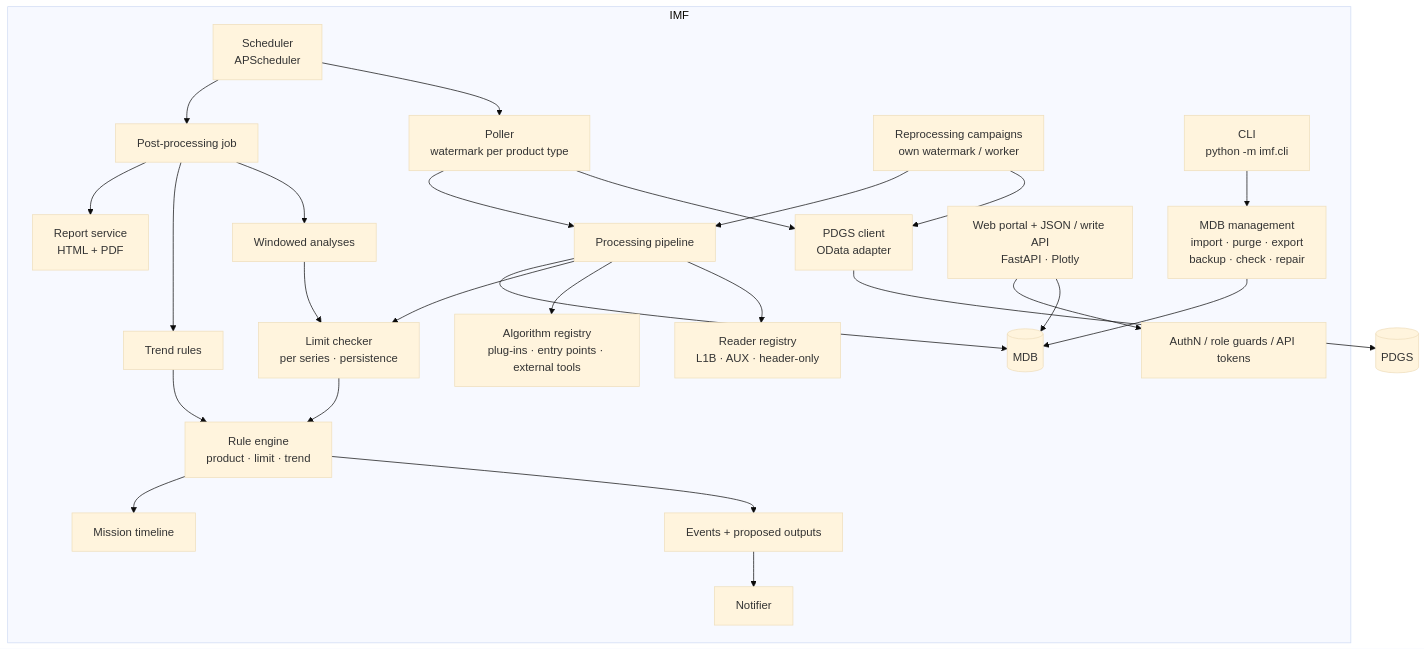
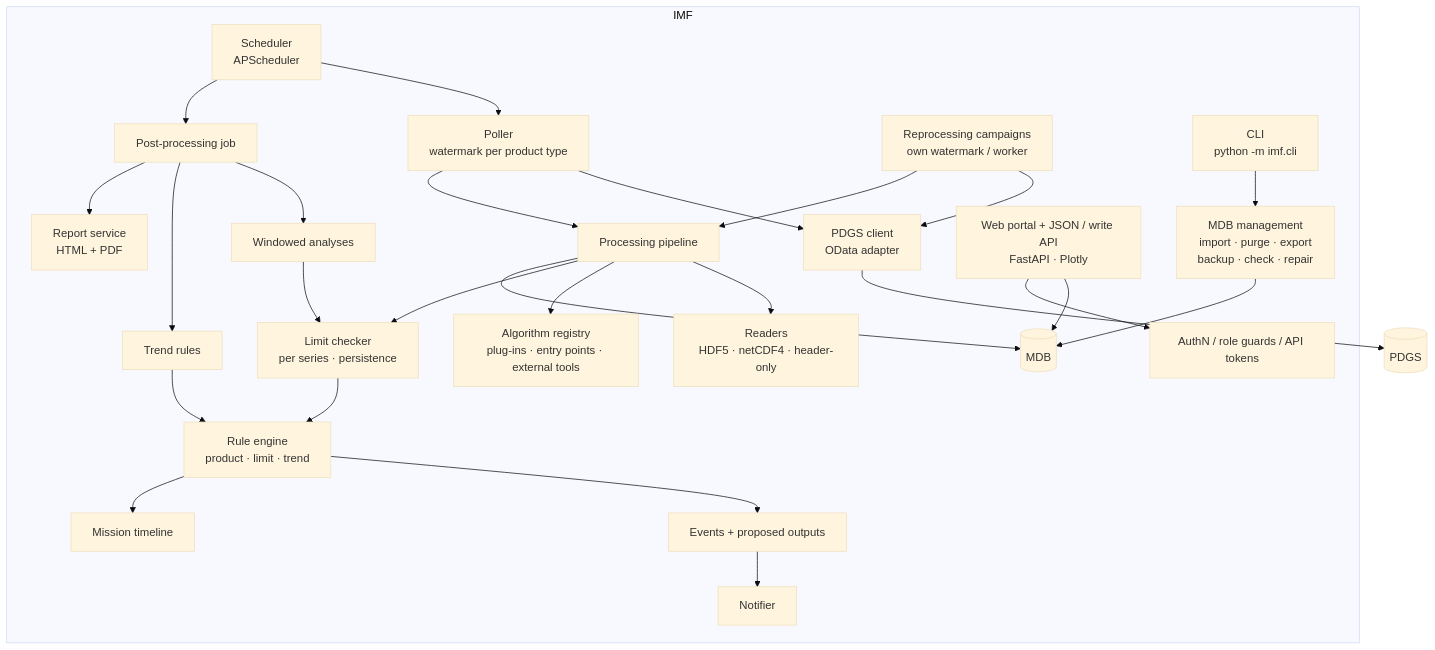
The second of 4 diagrams in docs/architecture.md (Sneakerx/fts-monitoring-demo), drawn with Mermaid (base theme) before and after one commit. The commit also changed other lines of this file and 47 other files, not shown here.

First line of the commit message:
Generalize the IMF for public release: two product types, HDF5 + netCDF4, MIT license

````diff
--- a/docs/architecture.md
+++ b/docs/architecture.md
@@ -42,28 +44,28 @@
 ```mermaid
 flowchart TB
   subgraph IMF
     SCH[Scheduler<br/>APScheduler] --> POL
     SCH --> POST[Post-processing job]
     POL[Poller<br/>watermark per product type] --> CLI[PDGS client<br/>OData adapter]
     CMP[Reprocessing campaigns<br/>own watermark / worker] --> CLI
     POL --> PIPE[Processing pipeline]
     CMP --> PIPE
-    PIPE --> RDR[Reader registry<br/>L1B · AUX · header-only]
+    PIPE --> RDR[Readers<br/>HDF5 · netCDF4 · header-only]
     PIPE --> REG[Algorithm registry<br/>plug-ins · entry points · external tools]
     PIPE --> LIM[Limit checker<br/>per series · persistence]
     POST --> ANA[Windowed analyses]
     POST --> TRD[Trend rules]
     POST --> REP[Report service<br/>HTML + PDF]
     LIM --> RUL[Rule engine<br/>product · limit · trend]
     ANA --> LIM
     TRD --> RUL
     RUL --> EVT[Events + proposed outputs] --> NOT[Notifier]
     RUL --> TL[Mission timeline]
     PIPE --> DB[(MDB)]
     MDB[MDB management<br/>import · purge · export<br/>backup · check · repair] --> DB
     WEB[Web portal + JSON / write API<br/>FastAPI · Plotly] --> DB
     WEB --> AUTH[AuthN / role guards / API tokens]
     CLIx[CLI<br/>python -m imf.cli] --> MDB
   end
   CLI --> PDGS[(PDGS)]
 ```
````
